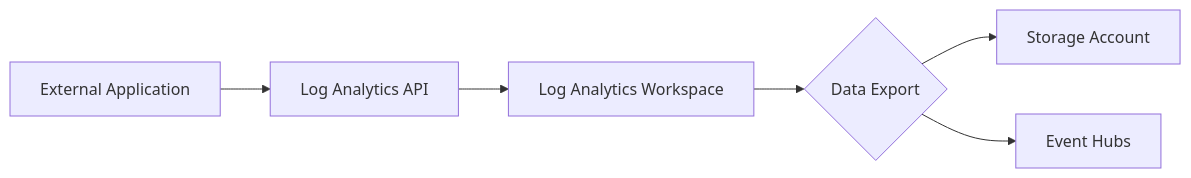
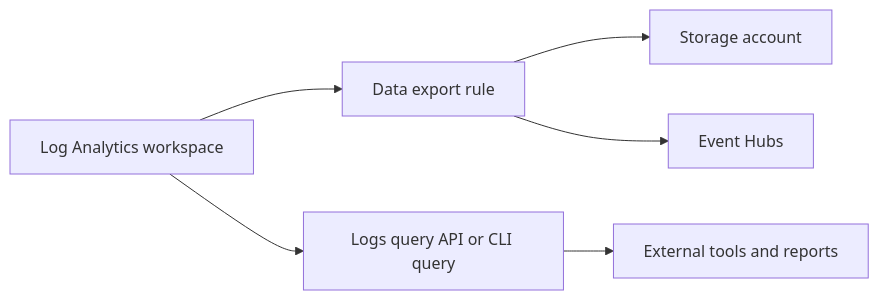
The diagram in docs/operations/export-and-integration.md (yeongseon/azure-monitoring-practical-guide), drawn with Mermaid before and after one commit. The commit also changed other lines of this file and 50 other files, not shown here.

````diff
--- a/docs/operations/export-and-integration.md
+++ b/docs/operations/export-and-integration.md
@@ -5,8 +3,8 @@
 ```mermaid
-graph LR
-    A[Log Analytics Workspace] --> B{Data Export}
-    B --> C[Storage Account]
-    B --> D[Event Hubs]
-    E[External Application] --> F[Log Analytics API]
-    F --> A
+flowchart LR
+    Workspace[Log Analytics workspace] --> ExportRule[Data export rule]
+    ExportRule --> Storage[Storage account]
+    ExportRule --> EventHubs[Event Hubs]
+    Workspace --> QueryAPI[Logs query API or CLI query]
+    QueryAPI --> External[External tools and reports]
 ```
````
